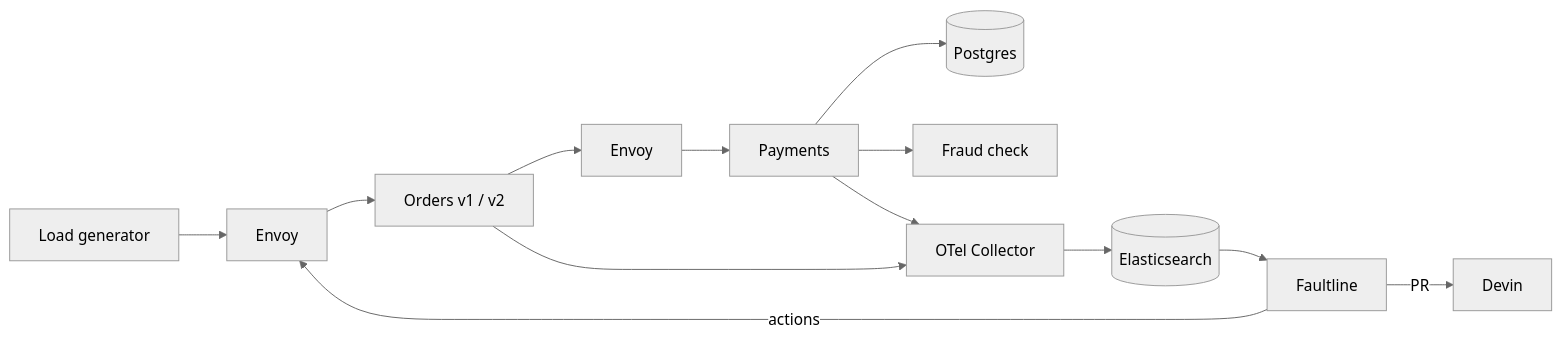
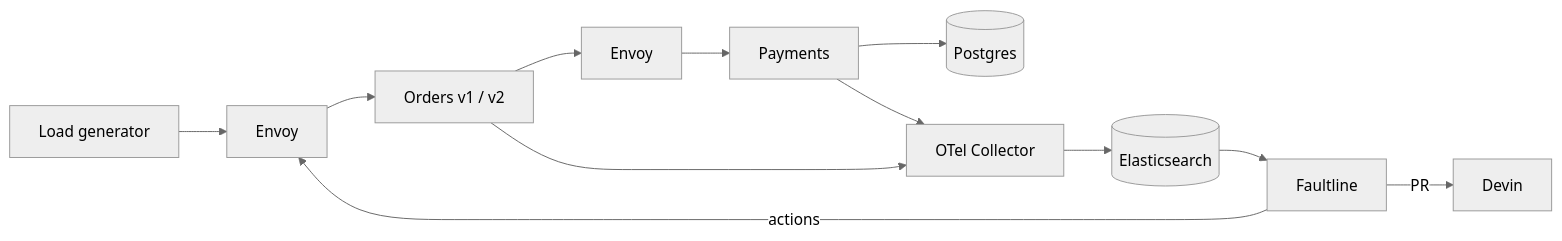
One commit to Jay-Thpr/HackMIT changed the second of 2 diagrams in PRD.md. Above: the diagram before and after it, drawn with Mermaid (neutral theme). The commit also changed other lines of this file and 17 other files, not shown here.

````diff
--- a/PRD.md
+++ b/PRD.md
@@ -309,14 +332,13 @@
 ```mermaid
 flowchart LR
   LG[Load generator] --> EV[Envoy]
   EV --> O[Orders v1 / v2]
   O --> EV2[Envoy]
   EV2 --> P[Payments]
   P --> DB[(Postgres)]
-  P --> FC[Fraud check]
   O & P --> OC[OTel Collector]
   OC --> ES[(Elasticsearch)]
   ES --> FL[Faultline]
   FL -->|actions| EV
   FL -->|PR| DV[Devin]
 ```
````
